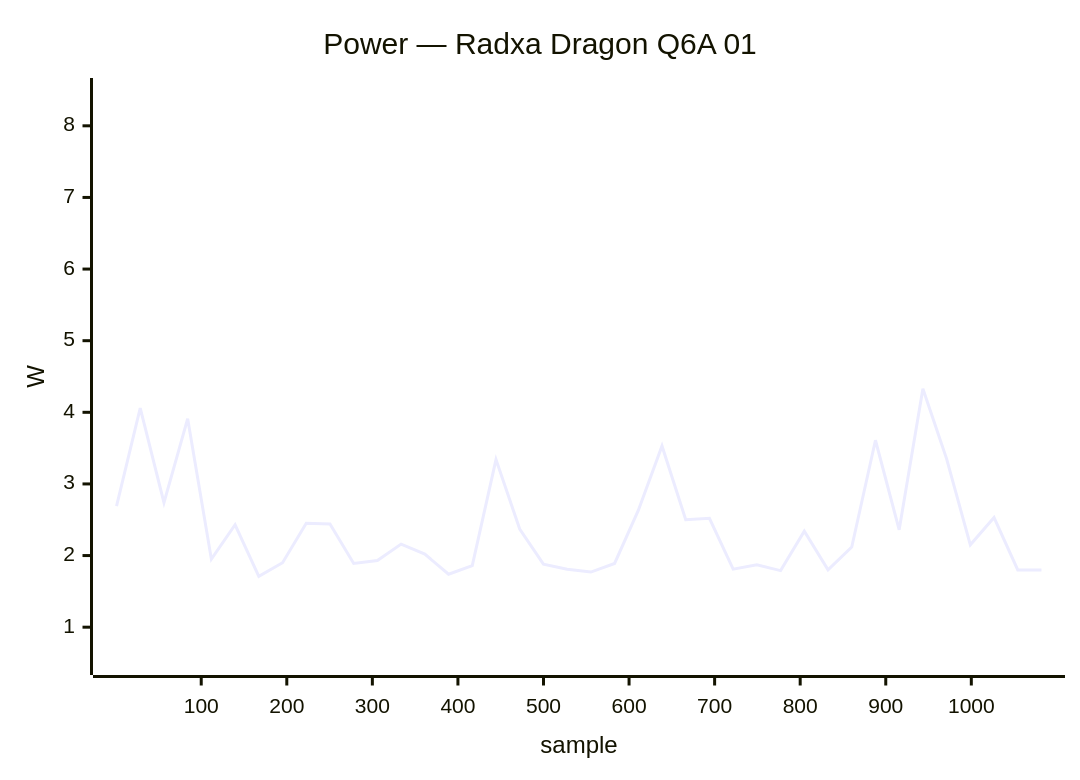
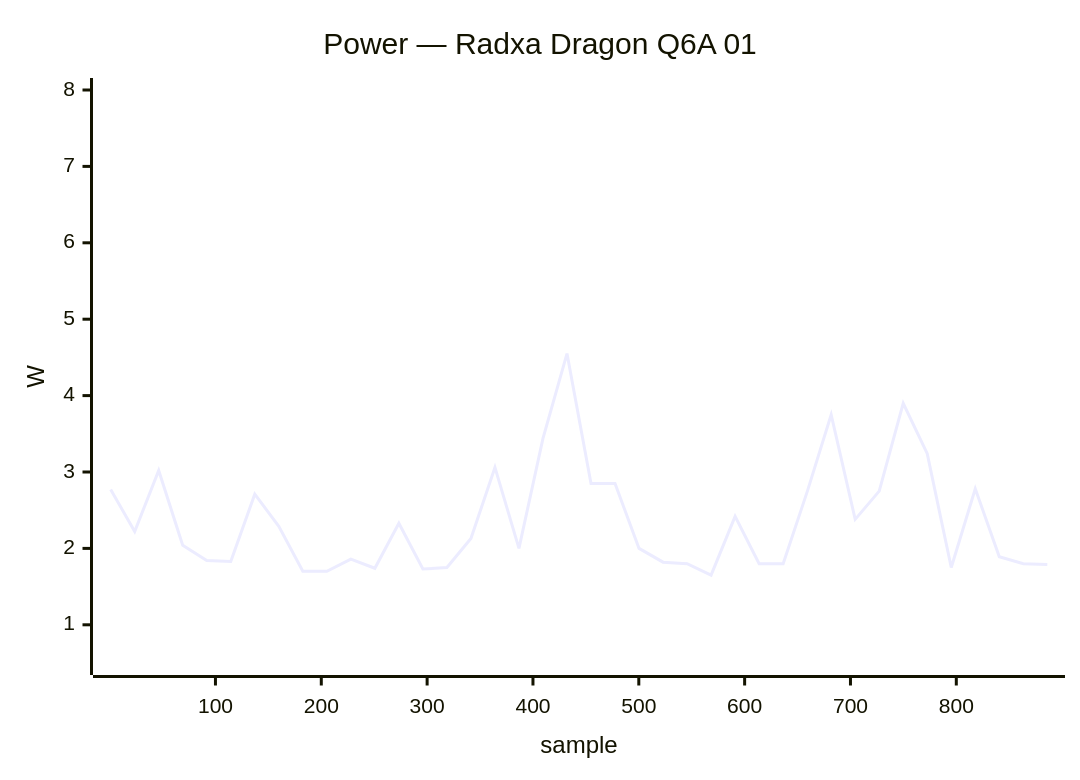
Before and after one commit to armbian/documentation: diagram 29 of 34 in docs/status/board-tests.md, drawn with Mermaid. The commit also changed other lines of this file, not shown here.

````diff
--- a/docs/status/board-tests.md
+++ b/docs/status/board-tests.md
@@ -1427,7 +1463,7 @@
 ```mermaid
 xychart-beta
     title "Power — Radxa Dragon Q6A 01"
-    x-axis "sample" 1 --> 1082
-    y-axis "W" 0.5 --> 8.5
-    line [2.69, 4.06, 2.74, 3.91, 1.95, 2.43, 1.71, 1.90, 2.45, 2.44, 1.89, 1.93, 2.16, 2.02, 1.74, 1.86, 3.34, 2.37, 1.88, 1.81, 1.77, 1.89, 2.63, 3.53, 2.50, 2.52, 1.81, 1.87, 1.79, 2.34, 1.80, 2.12, 3.61, 2.36, 4.33, 3.35, 2.15, 2.53, 1.80, 1.80]
+    x-axis "sample" 1 --> 886
+    y-axis "W" 0.5 --> 8.0
+    line [2.77, 2.22, 3.02, 2.04, 1.84, 1.83, 2.71, 2.29, 1.70, 1.70, 1.86, 1.74, 2.33, 1.73, 1.75, 2.13, 3.06, 2.00, 3.44, 4.55, 2.85, 2.85, 2.00, 1.82, 1.80, 1.65, 2.42, 1.80, 1.80, 2.74, 3.75, 2.38, 2.75, 3.90, 3.24, 1.75, 2.78, 1.89, 1.80, 1.79]
 ```
````
